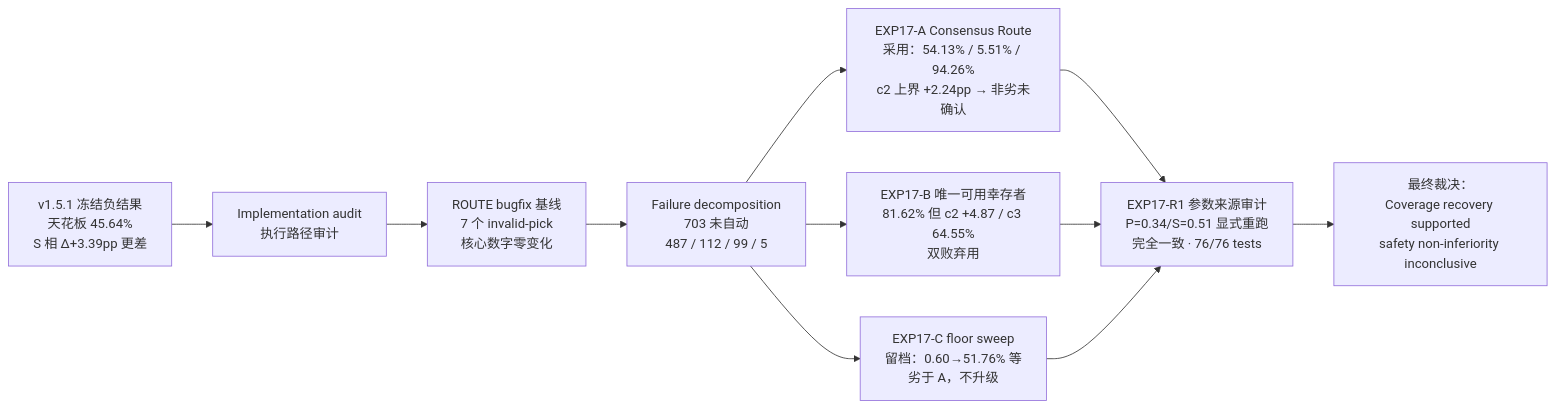
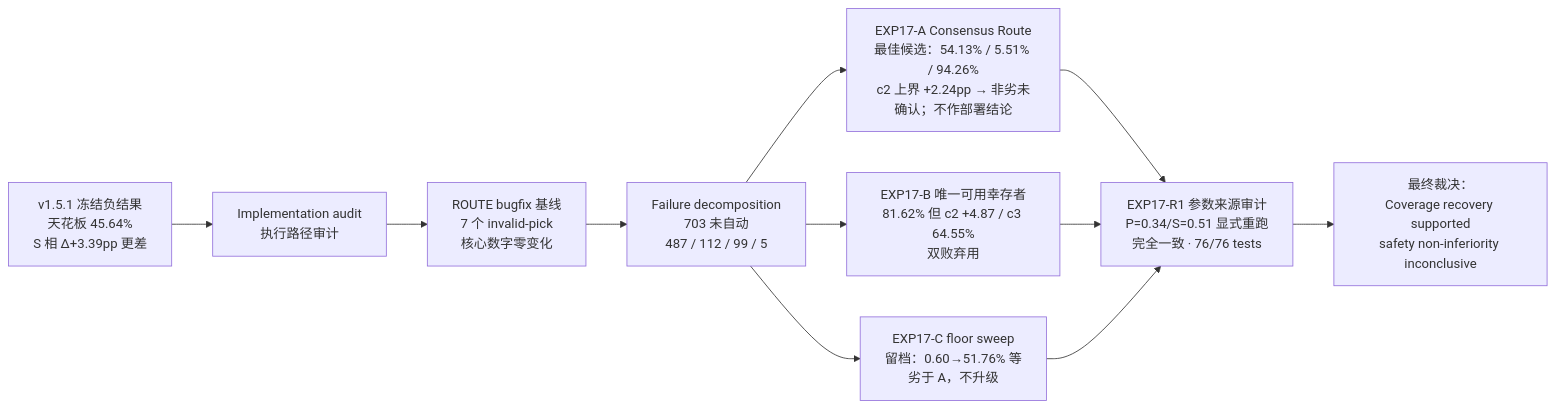
One commit to Robin-060/AIGOproject changed the sixth of 10 diagrams in docs/architecture_diagrams.md. Above: the diagram before and after it, drawn with Mermaid. The commit also changed 7 other files, not shown here.

````diff
--- a/docs/architecture_diagrams.md
+++ b/docs/architecture_diagrams.md
@@ -204,13 +204,13 @@
 ```mermaid
 flowchart LR
     T1["v1.5.1 冻结负结果<br>天花板 45.64%<br>S 相 Δ+3.39pp 更差"] --> T2["Implementation audit<br>执行路径审计"]
     T2 --> T3["ROUTE bugfix 基线<br>7 个 invalid-pick<br>核心数字零变化"]
     T3 --> T4["Failure decomposition<br>703 未自动<br>487 / 112 / 99 / 5"]
-    T4 --> T5["EXP17-A Consensus Route<br>采用：54.13% / 5.51% / 94.26%<br>c2 上界 +2.24pp → 非劣未确认"]
+    T4 --> T5["EXP17-A Consensus Route<br>最佳候选：54.13% / 5.51% / 94.26%<br>c2 上界 +2.24pp → 非劣未确认；不作部署结论"]
     T4 --> T6["EXP17-B 唯一可用幸存者<br>81.62% 但 c2 +4.87 / c3 64.55%<br>双败弃用"]
     T4 --> T7["EXP17-C floor sweep<br>留档：0.60→51.76% 等<br>劣于 A，不升级"]
     T5 --> T8["EXP17-R1 参数来源审计<br>P=0.34/S=0.51 显式重跑<br>完全一致 · 76/76 tests"]
     T6 --> T8
     T7 --> T8
     T8 --> T9["最终裁决：<br>Coverage recovery supported<br>safety non-inferiority inconclusive"]
 ```
````
